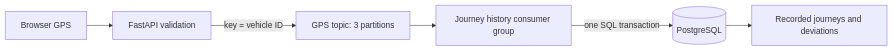
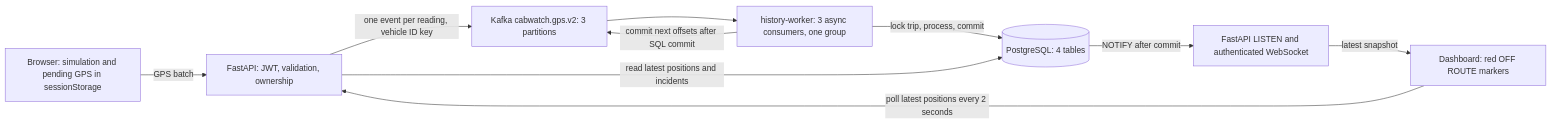
One commit to vermavaibhav23/CabWatch changed the diagram in README.md. Above: the diagram before and after it, drawn with Mermaid. The commit also changed other lines of this file and 31 other files, not shown here.

First line of the commit message:
Simplify fleet processing to latest GPS checkpoints and durable incidents

````diff
--- a/README.md
+++ b/README.md
@@ -15,8 +19,12 @@
 ```mermaid
 flowchart LR
- Browser[Browser GPS] --> API[FastAPI validation]
- API -->|key = vehicle ID| Kafka[GPS topic: 3 partitions]
- Kafka --> Worker[Journey history consumer group]
- Worker -->|one SQL transaction| SQL[(PostgreSQL)]
- SQL --> Dashboard[Recorded journeys and deviations]
+ B[Browser: simulation and pending GPS in sessionStorage] -->|GPS batch| API[FastAPI: JWT, validation, ownership]
+ API -->|one event per reading, vehicle ID key| K[Kafka cabwatch.gps.v2: 3 partitions]
+ K --> C[history-worker: 3 async consumers, one group]
+ C -->|lock trip, process, commit| DB[(PostgreSQL: 4 tables)]
+ DB -->|NOTIFY after commit| WS[FastAPI LISTEN and authenticated WebSocket]
+ WS -->|latest snapshot| UI[Dashboard: red OFF ROUTE markers]
+ UI -->|poll latest positions every 2 seconds| API
+ API -->|read latest positions and incidents| DB
+ C -->|commit next offsets after SQL commit| K
 ```
````
